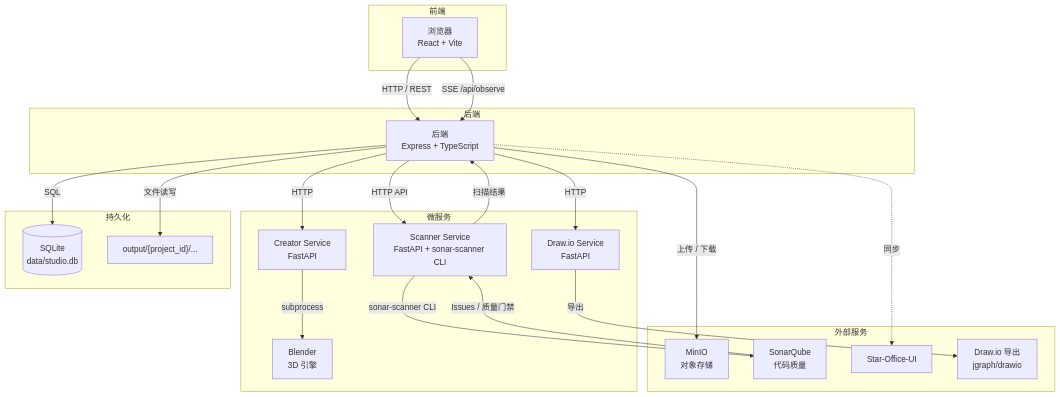
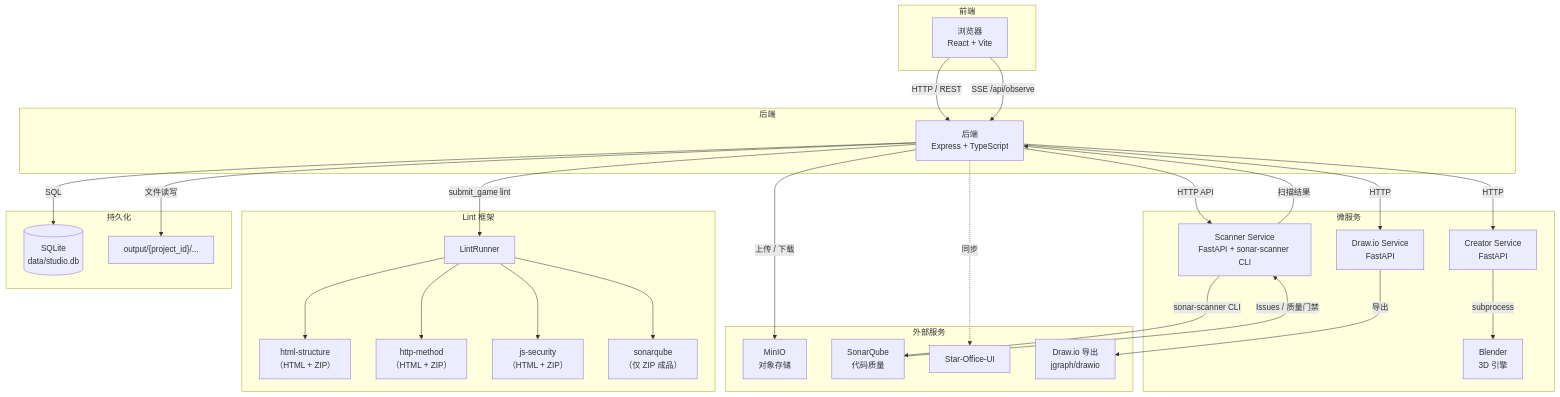
One commit to luoxiaojun1992/game-studio changed the diagram in docs/ARCHITECTURE.zh-CN.md. Above: the diagram before and after it, drawn with Mermaid. The commit also changed 3 other files, not shown here.

First line of the commit message:
docs: relocate game framework specs and update lint diagrams

````diff
--- a/docs/ARCHITECTURE.zh-CN.md
+++ b/docs/ARCHITECTURE.zh-CN.md
@@ -18,46 +18,60 @@
 ```mermaid
 graph TB
     subgraph "前端"
         Browser["浏览器<br/>React + Vite"]
     end
 
     subgraph "后端"
         BE["后端<br/>Express + TypeScript"]
+    end
+
+    subgraph "Lint 框架"
+        LintRunner["LintRunner"]
+        HtmlChecker["html-structure<br/>（HTML + ZIP）"]
+        HttpChecker["http-method<br/>（HTML + ZIP）"]
+        JsChecker["js-security<br/>（HTML + ZIP）"]
+        SonarChecker["sonarqube<br/>（仅 ZIP 成品）"]
     end
 
     subgraph "外部服务"
         MinIO["MinIO<br/>对象存储"]
         Sonar["SonarQube<br/>代码质量"]
         StarOffice["Star-Office-UI"]
         DrawioExport["Draw.io 导出<br/>jgraph/drawio"]
     end
 
     subgraph "微服务"
         Creator["Creator Service<br/>FastAPI"]
         Blender["Blender<br/>3D 引擎"]
         Drawio["Draw.io Service<br/>FastAPI"]
         Scanner["Scanner Service<br/>FastAPI + sonar-scanner CLI"]
     end
 
     subgraph "持久化"
         SQLite[("SQLite<br/>data/studio.db")]
         Output["output/{project_id}/..."]
     end
 
     Browser -->|HTTP / REST| BE
     Browser -->|SSE /api/observe| BE
 
     BE -->|HTTP| Creator
     BE -->|HTTP| Drawio
     BE -->|上传 / 下载| MinIO
     BE -->|SQL| SQLite
     BE -->|文件读写| Output
+    BE -->|submit_game lint| LintRunner
     BE -->|HTTP API| Scanner
     BE -.->|同步| StarOffice
     Creator -->|subprocess| Blender
     Drawio -->|导出| DrawioExport
 
+    LintRunner --> HtmlChecker
+    LintRunner --> HttpChecker
+    LintRunner --> JsChecker
+    LintRunner --> SonarChecker
+
     Scanner -->|sonar-scanner CLI| Sonar
     Sonar -->|Issues / 质量门禁| Scanner
     Scanner -->|扫描结果| BE
 ```
````
